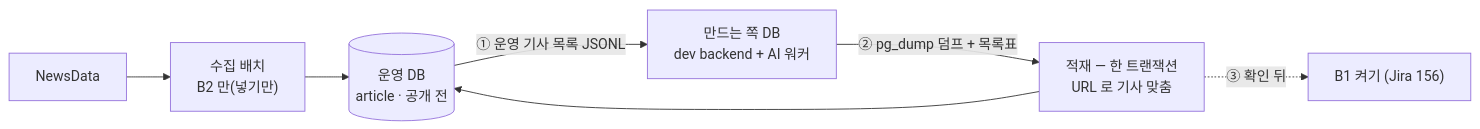
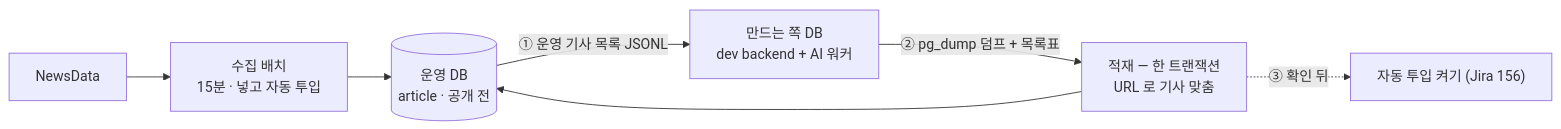
Before and after one commit to a102-NEWLEARN/NEW-LEARN: the diagram in infra/server/data-load.md, drawn with Mermaid. The commit also changed other lines of this file and 16 other files, not shown here.

````diff
--- a/infra/server/data-load.md
+++ b/infra/server/data-load.md
@@ -9,9 +9,9 @@
 ```mermaid
 flowchart LR
-    N["NewsData"] --> C["수집 배치<br/>B2 만(넣기만)"]
+    N["NewsData"] --> C["수집 배치<br/>15분 · 넣고 자동 투입"]
     C --> P[("운영 DB<br/>article · 공개 전")]
     P -->|"① 운영 기사 목록 JSONL"| M["만드는 쪽 DB<br/>dev backend + AI 워커"]
     M -->|"② pg_dump 덤프 + 목록표"| L["적재 — 한 트랜잭션<br/>URL 로 기사 맞춤"]
     L --> P
-    L -.->|"③ 확인 뒤"| B1["B1 켜기 (Jira 156)"]
+    L -.->|"③ 확인 뒤"| B1["자동 투입 켜기 (Jira 156)"]
 ```
````
